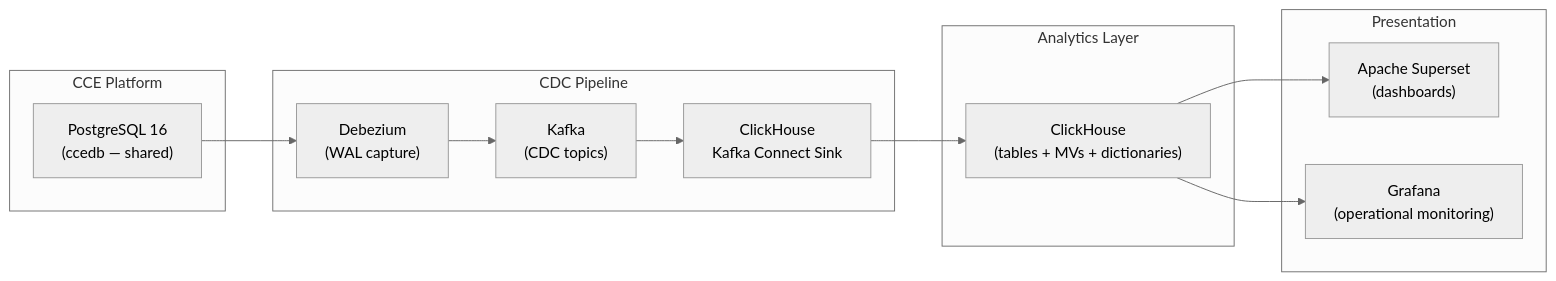
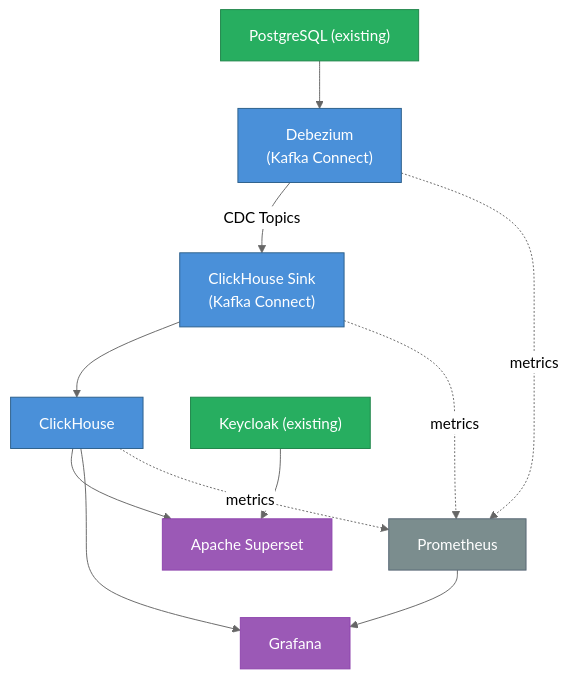
Before and after one commit to Jayaprakash8887/cce-data-pipeline: the second of 2 diagrams in docs/architecture-overview.md, drawn with Mermaid (neutral theme). The commit also changed other lines of this file and 5 other files, not shown here.

Commit message:
Remove outdated deployment runbook and technology stack documentation; update index to reflect changes in deployment guide and data flow.

````diff
--- a/docs/architecture-overview.md
+++ b/docs/architecture-overview.md
@@ -145,28 +183,24 @@
 ```mermaid
-flowchart LR
-    subgraph Sources["CCE Platform"]
-        PG["PostgreSQL 16<br/>(ccedb — shared)"]
-    end
+flowchart TD
+    PG["PostgreSQL (existing)"] --> DEBEZIUM["Debezium<br/>(Kafka Connect)"]
+    DEBEZIUM -->|"CDC Topics"| SINK["ClickHouse Sink<br/>(Kafka Connect)"]
+    SINK --> CLICKHOUSE["ClickHouse"]
 
-    subgraph CDC["CDC Pipeline"]
-        DEB["Debezium<br/>(WAL capture)"]
-        KF["Kafka<br/>(CDC topics)"]
-        SINK["ClickHouse<br/>Kafka Connect Sink"]
-    end
+    CLICKHOUSE --> SUPERSET["Apache Superset"]
+    CLICKHOUSE --> GRAFANA["Grafana"]
 
-    subgraph Analytics["Analytics Layer"]
-        CH["ClickHouse<br/>(tables + MVs + dictionaries)"]
-    end
+    KEYCLOAK["Keycloak (existing)"] --> SUPERSET
+    PROMETHEUS["Prometheus"] --> GRAFANA
+    DEBEZIUM -.->|"metrics"| PROMETHEUS
+    SINK -.->|"metrics"| PROMETHEUS
+    CLICKHOUSE -.->|"metrics"| PROMETHEUS
 
-    subgraph Presentation
-        S["Apache Superset<br/>(dashboards)"]
-        G["Grafana<br/>(operational monitoring)"]
-    end
-
-    PG --> DEB
-    DEB --> KF
-    KF --> SINK
-    SINK --> CH
-    CH --> S
-    CH --> G
+    style PG fill:#27AE60,stroke:#1E8449,color:white
+    style KEYCLOAK fill:#27AE60,stroke:#1E8449,color:white
+    style DEBEZIUM fill:#4A90D9,stroke:#2C5F8A,color:white
+    style SINK fill:#4A90D9,stroke:#2C5F8A,color:white
+    style CLICKHOUSE fill:#4A90D9,stroke:#2C5F8A,color:white
+    style SUPERSET fill:#9B59B6,stroke:#8E44AD,color:white
+    style GRAFANA fill:#9B59B6,stroke:#8E44AD,color:white
+    style PROMETHEUS fill:#7B8D8E,stroke:#566573,color:white
 ```
````
